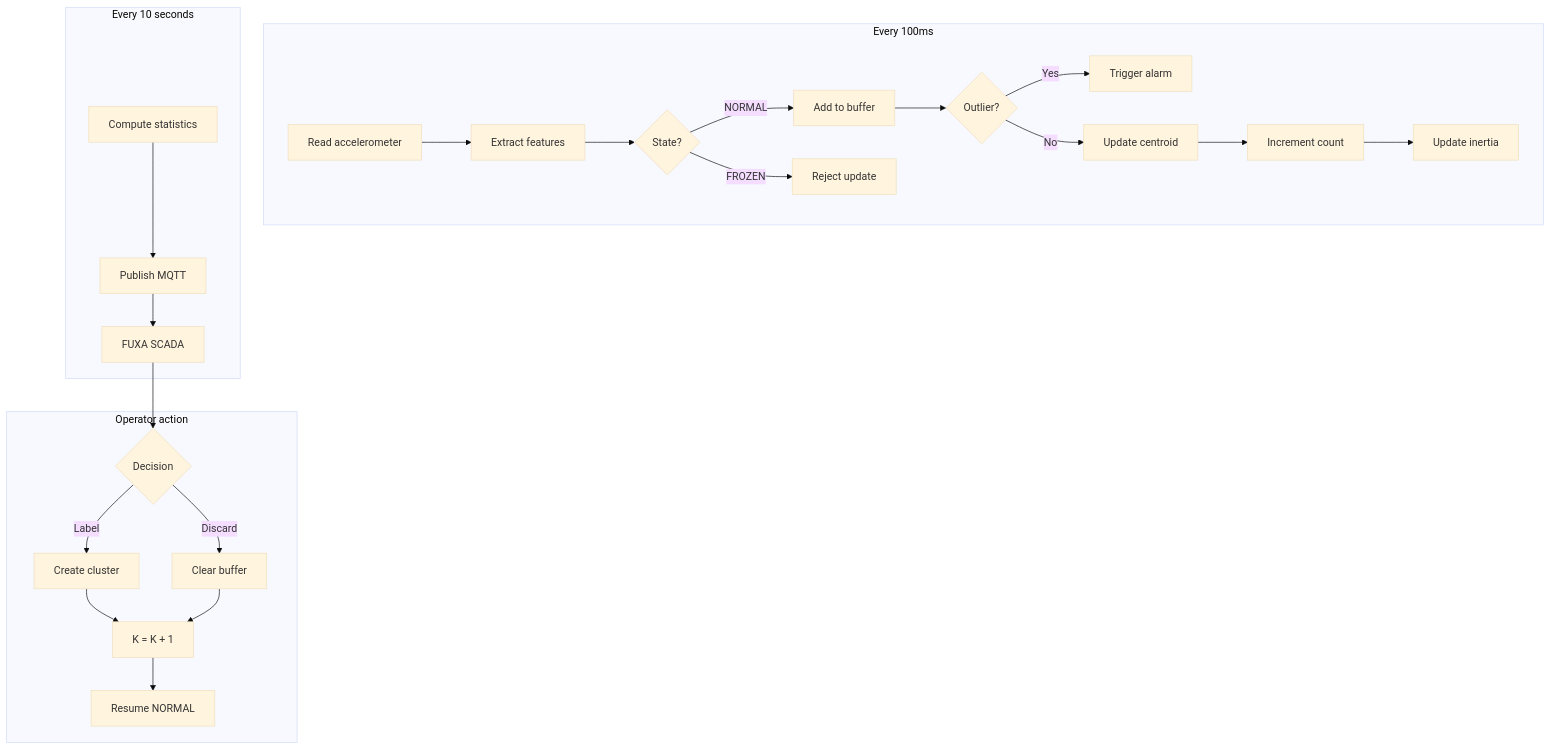
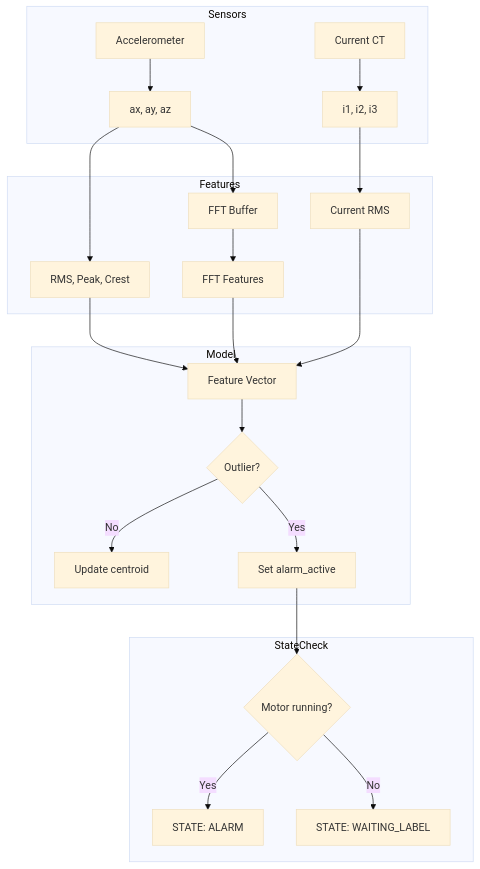
One commit to leekaize/tinyol-hitl changed the second of 6 diagrams in docs/ARCHITECTURE.md. Above: the diagram before and after it, drawn with Mermaid (base theme). The commit also changed other lines of this file and 8 other files, not shown here.

````diff
--- a/docs/ARCHITECTURE.md
+++ b/docs/ARCHITECTURE.md
@@ -43,32 +41,27 @@
 ```mermaid
-graph TB
-    subgraph "Every 100ms"
-        A[Read accelerometer] --> B[Extract features]
-        B --> C{State?}
-
-        C -->|NORMAL| D[Add to buffer]
-        C -->|FROZEN| E[Reject update]
-
-        D --> F{Outlier?}
-        F -->|Yes| G[Trigger alarm]
-        F -->|No| H[Update centroid]
-
-        H --> I[Increment count]
-        I --> J[Update inertia]
+flowchart TB
+    subgraph Sensors
+        A[Accelerometer] --> B[ax, ay, az]
+        C[Current CT] --> D[i1, i2, i3]
     end
 
-    subgraph "Every 10 seconds"
-        K[Compute statistics] --> L[Publish MQTT]
-        L --> M[FUXA SCADA]
+    subgraph Features
+        B --> E[RMS, Peak, Crest]
+        B --> F[FFT Buffer]
+        F --> G[FFT Features]
+        D --> H[Current RMS]
     end
 
-    subgraph "Operator action"
-        M --> N{Decision}
-        N -->|Label| O[Create cluster]
-        N -->|Discard| P[Clear buffer]
+    subgraph Model
+        E & G & H --> I[Feature Vector]
+        I --> J{Outlier?}
+        J -->|No| K[Update centroid]
+        J -->|Yes| L[Set alarm_active]
+    end
 
-        O --> Q[K = K + 1]
-        P --> Q
-        Q --> R[Resume NORMAL]
+    subgraph StateCheck
+        L --> M{Motor running?}
+        M -->|Yes| N[STATE: ALARM]
+        M -->|No| O[STATE: WAITING_LABEL]
     end
 ```
````
